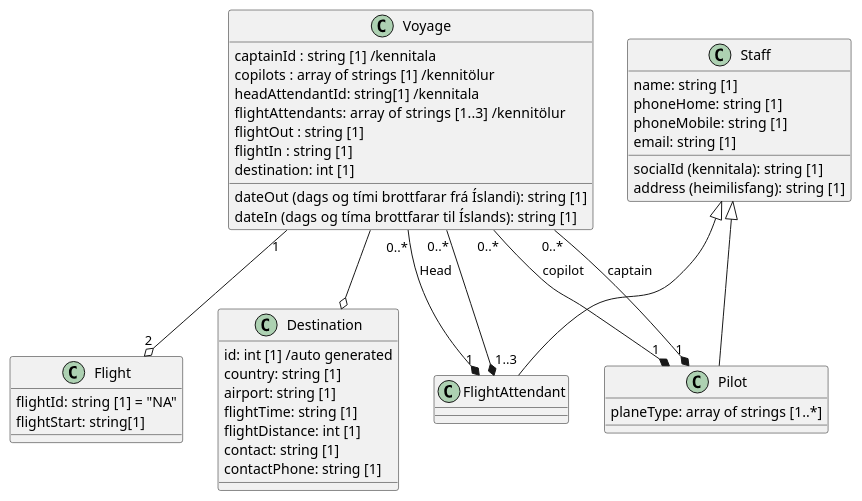
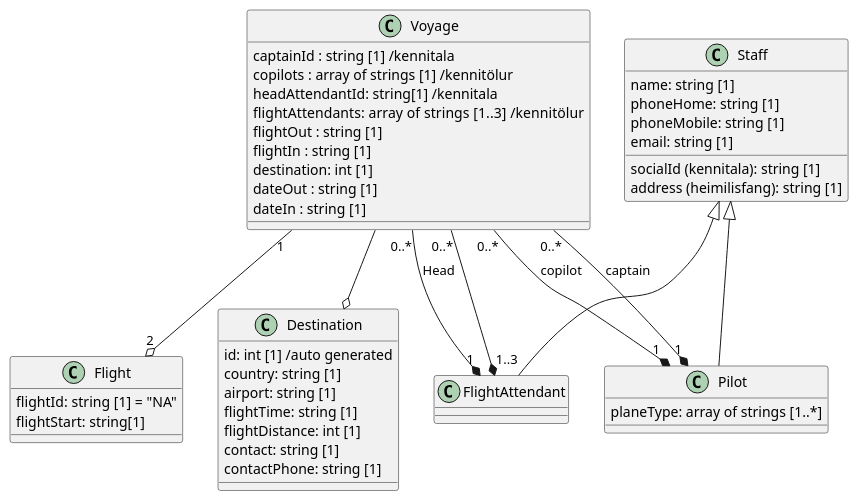
One commit to MyraMidnight/VLN1_h16 changed the diagram in diagrams/class/object_classes.puml. Above: the diagram before and after it, drawn with PlantUML. The commit also changed 9 other files, not shown here.

```diff
--- a/diagrams/class/object_classes.puml
+++ b/diagrams/class/object_classes.puml
@@ -1,52 +1,52 @@
 @startuml
 
 class Voyage {
   captainId : string [1] /kennitala
   copilots : array of strings [1] /kennitölur
   headAttendantId: string[1] /kennitala
   flightAttendants: array of strings [1..3]  /kennitölur
   flightOut : string [1]
   flightIn : string [1]
   destination: int [1]  
-  dateOut (dags og tími brottfarar frá Íslandi): string [1]
-  dateIn (dags og tíma brottfarar til Íslands): string [1]
+  dateOut : string [1]
+  dateIn : string [1]
 }
 
 class Staff {
   name: string [1]
   socialId (kennitala): string [1]
   address (heimilisfang): string [1]
   phoneHome: string [1]
   phoneMobile: string [1]
   email: string [1]
 }
 
 class Pilot {
   planeType: array of strings [1..*]
 }
 
 class Flight {
   flightId: string [1] = "NA"
   flightStart: string[1]
 }
 
 class Destination {
   id: int [1] /auto generated
   country: string [1]
   airport: string [1]
   flightTime: string [1]
   flightDistance: int [1]
   contact: string [1]
   contactPhone: string [1]
 }
 
 Staff <|-- Pilot
 Staff <|-- FlightAttendant
 Voyage "1" --o "2" Flight 
 Voyage "0..*" --* "1" Pilot : copilot
 Voyage "0..*" --* "1" Pilot : captain 
 Voyage "0..*" --* "1" FlightAttendant : Head
 Voyage "0..*" --* "1..3" FlightAttendant
 Voyage --o Destination
 
 @enduml
```
